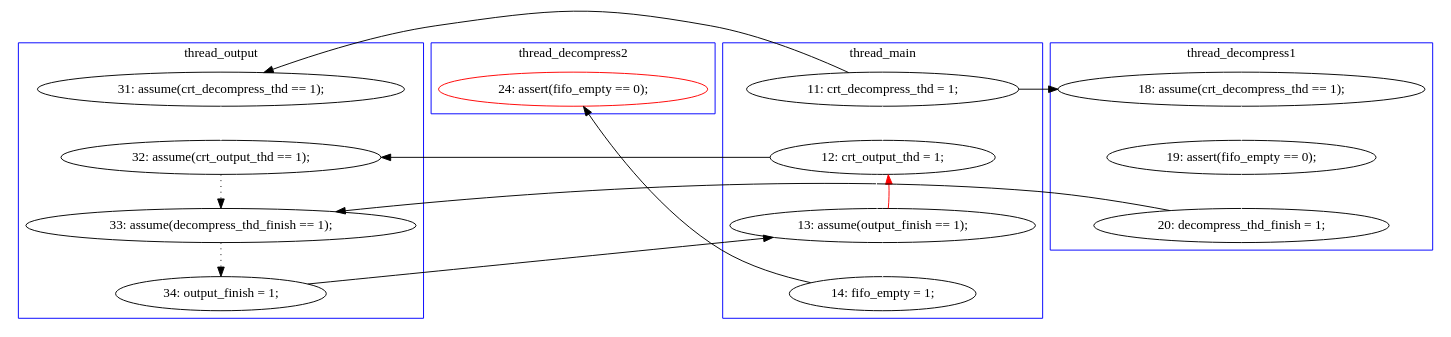
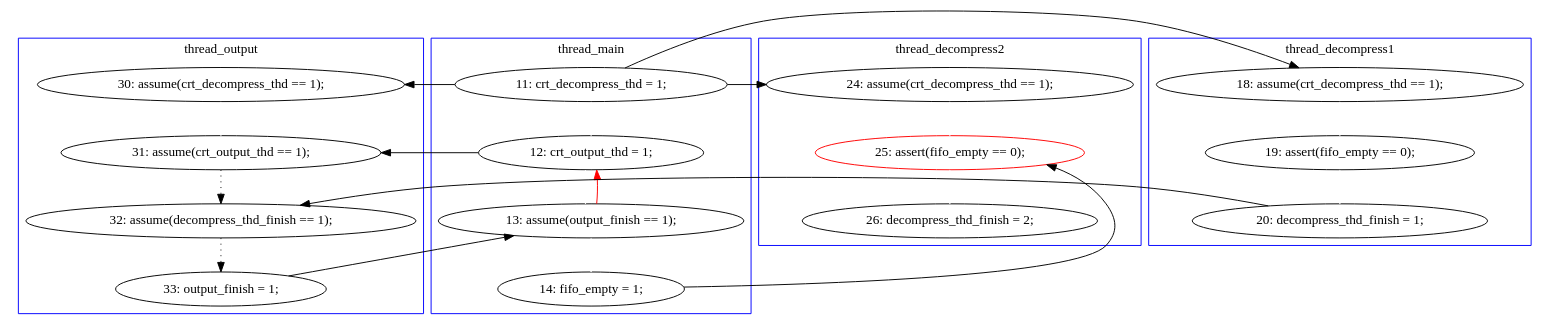
Before and after one commit to hylhp/cav14-model: the diagram in pbzip2.mixed/B-1-graph-sol-3.dot, drawn with Graphviz. The commit also changed 23 other files, not shown here.

```diff
--- a/pbzip2.mixed/B-1-graph-sol-3.dot
+++ b/pbzip2.mixed/B-1-graph-sol-3.dot
@@ -1,45 +1,50 @@
 digraph Counterexample {
-	12 -> 14 [color = white, style = solid]
-	20 -> 23 [color = black, style = solid, constraint = false]
-	25 -> 32 [color = black, style = solid, constraint = false]
-	16 -> 17 [color = white, style = solid]
+	25 -> 28 [color = white, style = solid]
+	20 -> 21 [color = black, style = solid, constraint = false]
+	11 -> 17 [color = white, style = solid]
+	12 -> 17 [color = black, style = solid, constraint = false]
+	9 -> 11 [color = black, style = solid, constraint = false]
+	16 -> 18 [color = white, style = solid]
+	14 -> 16 [color = white, style = solid]
 	19 -> 20 [color = black, style = dotted]
-	23 -> 10 [color = red, style = solid, constraint = false]
-	15 -> 16 [color = white, style = solid]
+	9 -> 12 [color = white, style = solid]
+	21 -> 22 [color = white, style = solid]
+	9 -> 14 [color = black, style = solid, constraint = false]
 	23 -> 25 [color = white, style = solid]
-	17 -> 19 [color = black, style = solid, constraint = false]
-	10 -> 23 [color = white, style = solid]
-	9 -> 10 [color = white, style = solid]
-	9 -> 12 [color = black, style = solid, constraint = false]
-	10 -> 14 [color = black, style = solid, constraint = false]
-	14 -> 19 [color = black, style = dotted]
-	9 -> 15 [color = black, style = solid, constraint = false]
+	9 -> 23 [color = black, style = solid, constraint = false]
+	12 -> 21 [color = white, style = solid]
+	22 -> 25 [color = black, style = solid, constraint = false]
+	18 -> 19 [color = black, style = solid, constraint = false]
+	21 -> 12 [color = red, style = solid, constraint = false]
+	17 -> 19 [color = black, style = dotted]
+	subgraph cluster2 {
+		label = thread_decompress1
+		color = blue
+		18  [label = "20: decompress_thd_finish = 1;"]
+		14  [label = "18: assume(crt_decompress_thd == 1);"]
+		16  [label = "19: assert(fifo_empty == 0);"]
+	}
 	subgraph cluster3 {
 		label = thread_decompress2
 		color = blue
-		32  [label = "24: assert(fifo_empty == 0);", color = red]
+		23  [label = "24: assume(crt_decompress_thd == 1);"]
+		25  [label = "25: assert(fifo_empty == 0);", color = red]
+		28  [label = "26: decompress_thd_finish = 2;"]
+	}
+	subgraph cluster4 {
+		label = thread_output
+		color = blue
+		19  [label = "32: assume(decompress_thd_finish == 1);"]
+		17  [label = "31: assume(crt_output_thd == 1);"]
+		11  [label = "30: assume(crt_decompress_thd == 1);"]
+		20  [label = "33: output_finish = 1;"]
 	}
 	subgraph cluster1 {
 		label = thread_main
 		color = blue
-		23  [label = "13: assume(output_finish == 1);"]
+		21  [label = "13: assume(output_finish == 1);"]
+		22  [label = "14: fifo_empty = 1;"]
 		9  [label = "11: crt_decompress_thd = 1;"]
-		10  [label = "12: crt_output_thd = 1;"]
-		25  [label = "14: fifo_empty = 1;"]
-	}
-	subgraph cluster2 {
-		label = thread_decompress1
-		color = blue
-		15  [label = "18: assume(crt_decompress_thd == 1);"]
-		16  [label = "19: assert(fifo_empty == 0);"]
-		17  [label = "20: decompress_thd_finish = 1;"]
-	}
-	subgraph cluster4 {
-		label = thread_output
-		color = blue
-		14  [label = "32: assume(crt_output_thd == 1);"]
-		19  [label = "33: assume(decompress_thd_finish == 1);"]
-		20  [label = "34: output_finish = 1;"]
-		12  [label = "31: assume(crt_decompress_thd == 1);"]
+		12  [label = "12: crt_output_thd = 1;"]
 	}
 }
```
